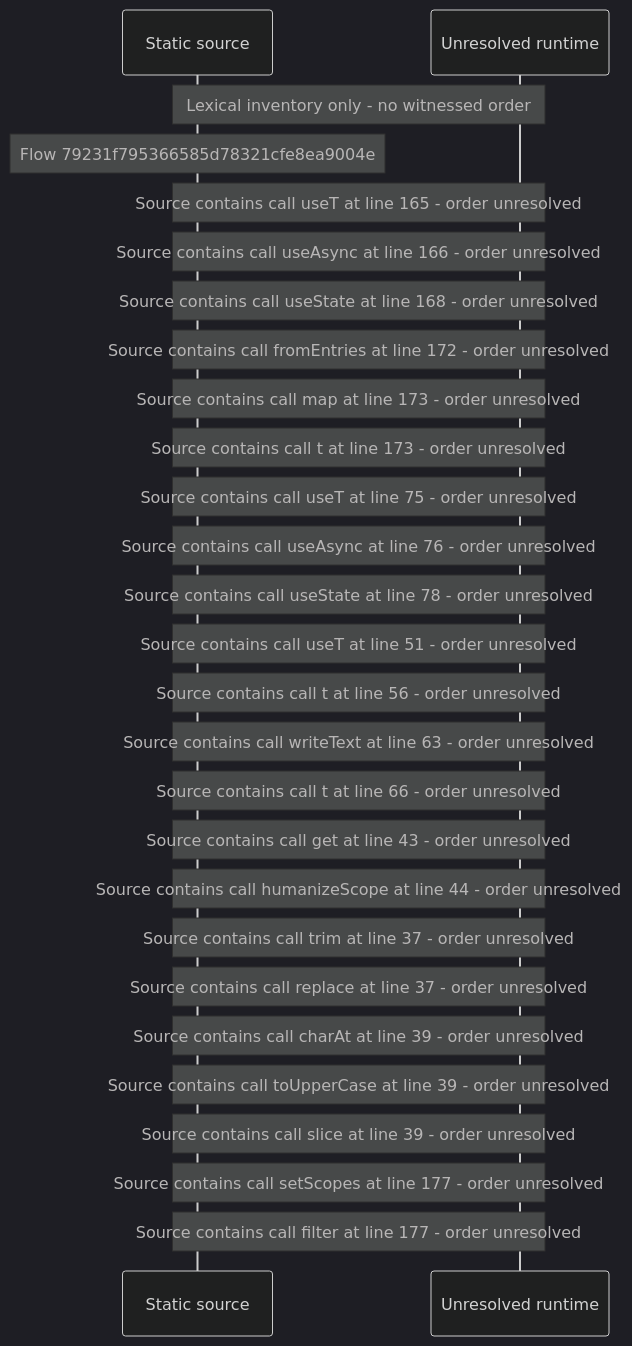
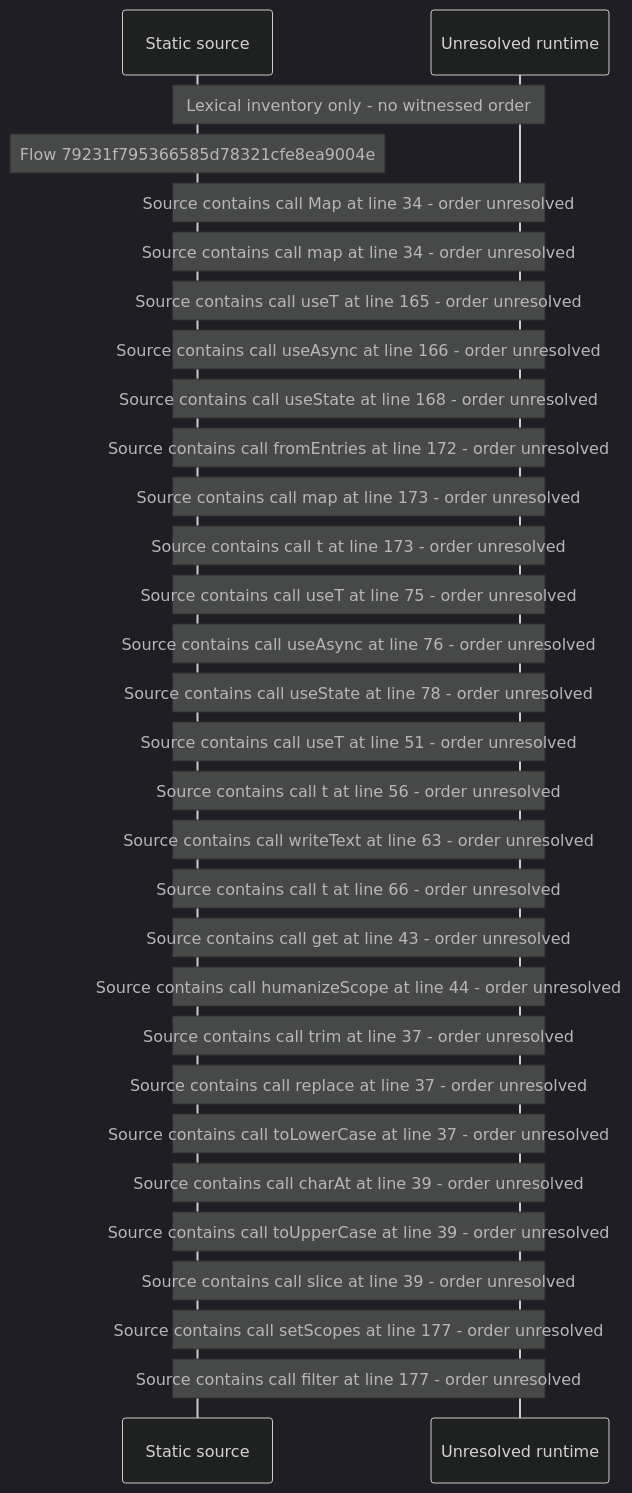
The diagram in docs/web/flows/generated/79231f795366585d78321cfe8ea9004e/flow-diagram.md (beamfall/core), drawn with Mermaid (dark theme) before and after one commit. The commit also changed other lines of this file and 707 other files, not shown here.

Commit message:
Regenerate the web flow record with flow generator version 6

````diff
--- a/docs/web/flows/generated/79231f795366585d78321cfe8ea9004e/flow-diagram.md
+++ b/docs/web/flows/generated/79231f795366585d78321cfe8ea9004e/flow-diagram.md
@@ -10,29 +10,32 @@
 ```mermaid
 sequenceDiagram
     participant S as Static source
     participant U as Unresolved runtime
     Note over S,U: Lexical inventory only - no witnessed order
     Note over S: Flow 79231f795366585d78321cfe8ea9004e
+    Note over S,U: Source contains call Map at line 34 - order unresolved
+    Note over S,U: Source contains call map at line 34 - order unresolved
     Note over S,U: Source contains call useT at line 165 - order unresolved
     Note over S,U: Source contains call useAsync at line 166 - order unresolved
     Note over S,U: Source contains call useState at line 168 - order unresolved
     Note over S,U: Source contains call fromEntries at line 172 - order unresolved
     Note over S,U: Source contains call map at line 173 - order unresolved
     Note over S,U: Source contains call t at line 173 - order unresolved
     Note over S,U: Source contains call useT at line 75 - order unresolved
     Note over S,U: Source contains call useAsync at line 76 - order unresolved
     Note over S,U: Source contains call useState at line 78 - order unresolved
     Note over S,U: Source contains call useT at line 51 - order unresolved
     Note over S,U: Source contains call t at line 56 - order unresolved
     Note over S,U: Source contains call writeText at line 63 - order unresolved
     Note over S,U: Source contains call t at line 66 - order unresolved
     Note over S,U: Source contains call get at line 43 - order unresolved
     Note over S,U: Source contains call humanizeScope at line 44 - order unresolved
     Note over S,U: Source contains call trim at line 37 - order unresolved
     Note over S,U: Source contains call replace at line 37 - order unresolved
+    Note over S,U: Source contains call toLowerCase at line 37 - order unresolved
     Note over S,U: Source contains call charAt at line 39 - order unresolved
     Note over S,U: Source contains call toUpperCase at line 39 - order unresolved
     Note over S,U: Source contains call slice at line 39 - order unresolved
     Note over S,U: Source contains call setScopes at line 177 - order unresolved
     Note over S,U: Source contains call filter at line 177 - order unresolved
 ```
````
